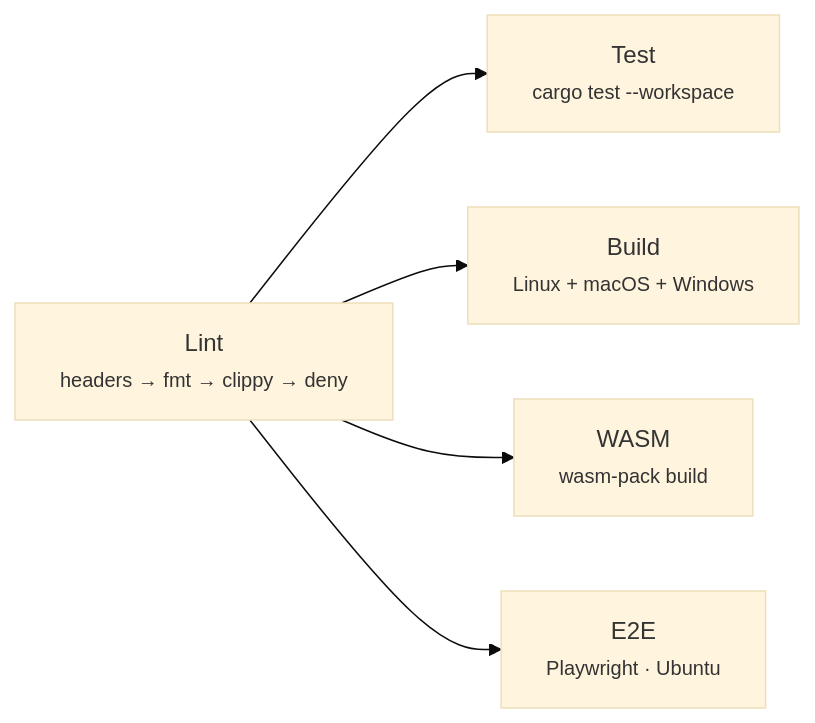
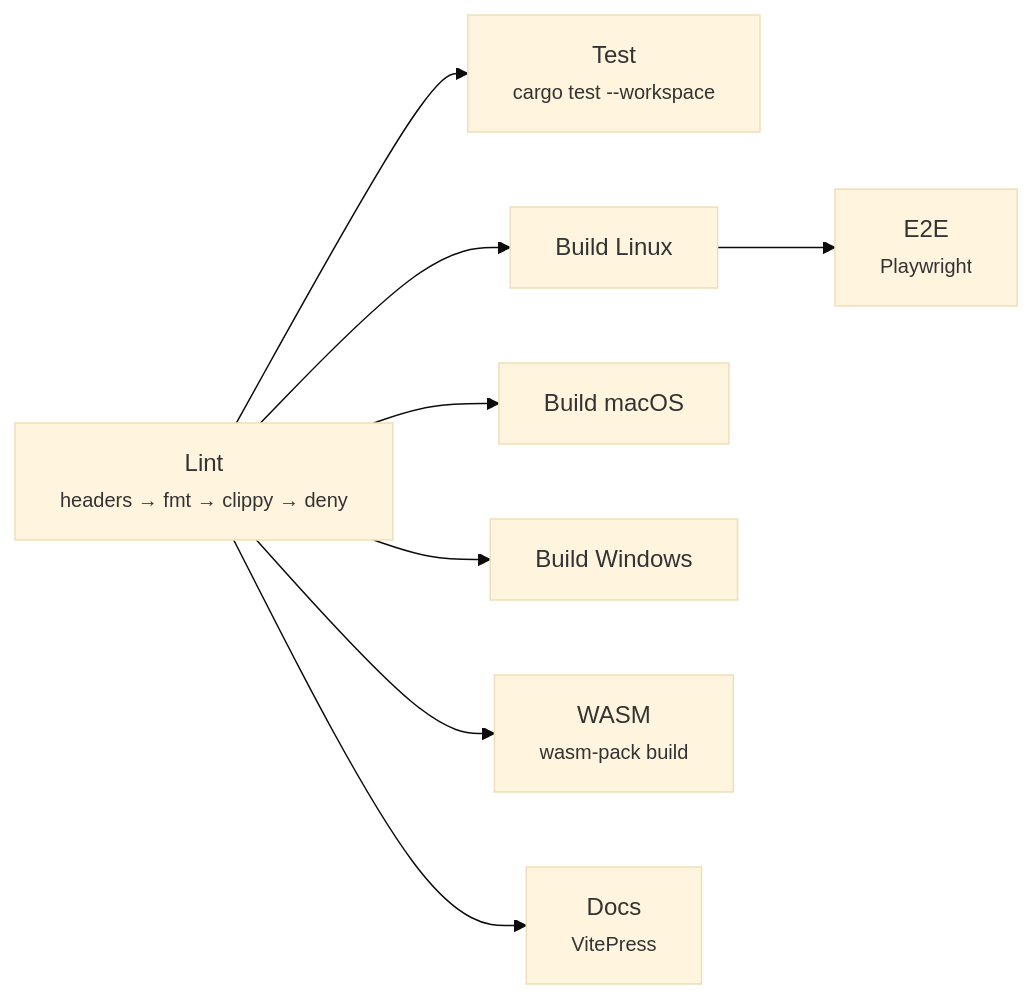
Before and after one commit to microsoft/webui: the diagram in README.md, drawn with Mermaid (base theme). The commit also changed other lines of this file and 2 other files, not shown here.

Commit message:
Shared build

````diff
--- a/README.md
+++ b/README.md
@@ -55,13 +55,19 @@
 ```mermaid
 graph LR
     lint["Lint<br/><small>headers → fmt → clippy → deny</small>"]
     test["Test<br/><small>cargo test --workspace</small>"]
-    build["Build<br/><small>Linux + macOS + Windows</small>"]
+    buildL["Build Linux"]
+    buildM["Build macOS"]
+    buildW["Build Windows"]
     wasm["WASM<br/><small>wasm-pack build</small>"]
-    e2e["E2E<br/><small>Playwright · Ubuntu</small>"]
+    docs["Docs<br/><small>VitePress</small>"]
+    e2e["E2E<br/><small>Playwright</small>"]
 
     lint --> test
-    lint --> build
+    lint --> buildL
+    lint --> buildM
+    lint --> buildW
     lint --> wasm
-    lint --> e2e
+    lint --> docs
+    buildL --> e2e
 ```
````
